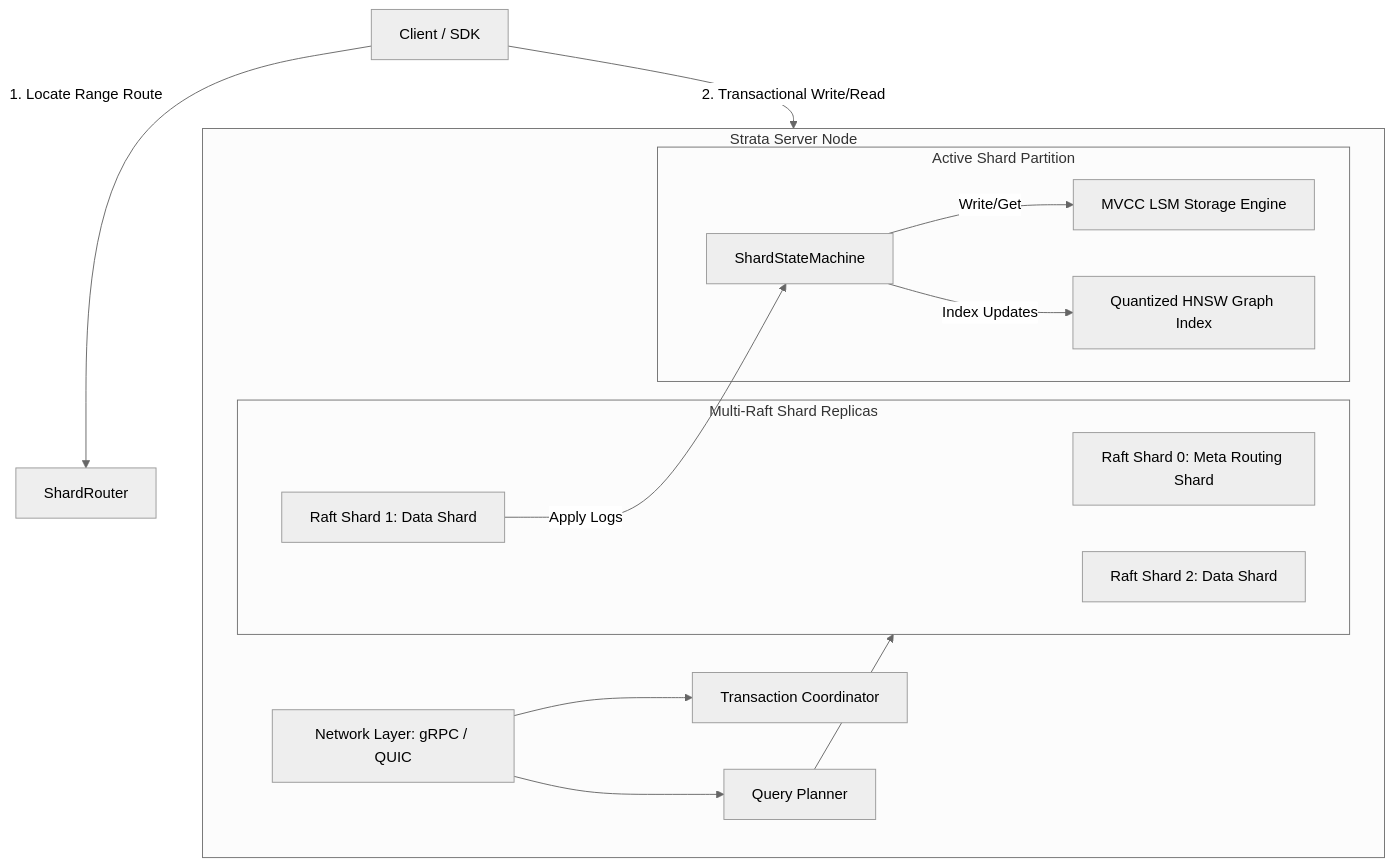
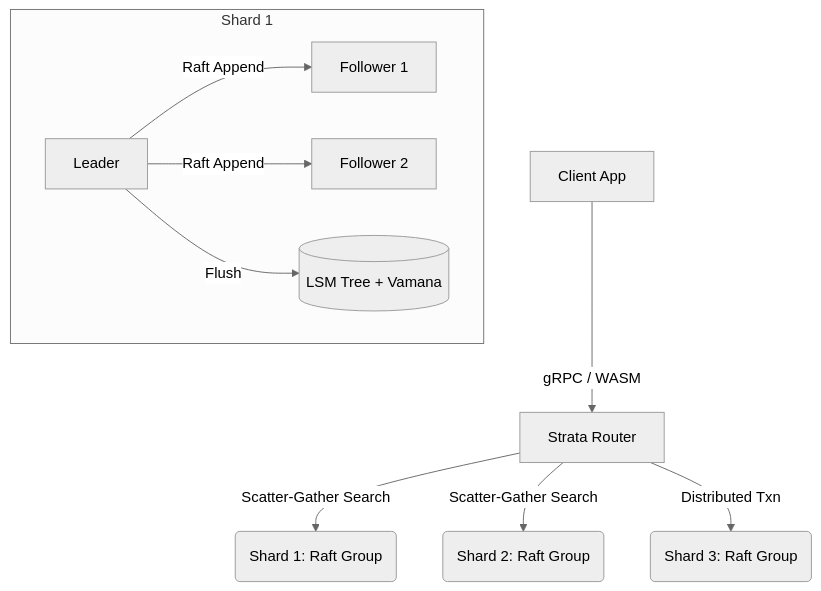
Before and after one commit to IshanGite/Strata: the diagram in README.md, drawn with Mermaid (neutral theme). The commit also changed other lines of this file and 52 other files, not shown here.

Commit message:
Release v0.1.0: Complete Enterprise Vector DB Architecture

````diff
--- a/README.md
+++ b/README.md
@@ -17,27 +45,13 @@
 ```mermaid
 graph TD
-    Client[Client / SDK] -->|1. Locate Range Route| Router[ShardRouter]
-    Client -->|2. Transactional Write/Read| ServerNode[Strata Server Daemon]
+    Client[Client App] --> |gRPC / WASM| Router[Strata Router]
+    Router --> |Scatter-Gather Search| Shard1(Shard 1: Raft Group)
+    Router --> |Scatter-Gather Search| Shard2(Shard 2: Raft Group)
+    Router --> |Distributed Txn| Shard3(Shard 3: Raft Group)
     
-    subgraph ServerNode [Strata Server Node]
-        TxnCoord[Transaction Coordinator]
-        Planner[Query Planner]
-        Net[Network Layer: gRPC / QUIC]
-        
-        subgraph MultiRaft [Multi-Raft Shard Replicas]
-            RaftGroup_S0[Raft Shard 0: Meta Routing Shard]
-            RaftGroup_S1[Raft Shard 1: Data Shard]
-            RaftGroup_S2[Raft Shard 2: Data Shard]
-        end
-        
-        subgraph Shard [Active Shard Partition]
-            RaftGroup_S1 -->|Apply Logs| SM[ShardStateMachine]
-            SM -->|Write/Get| Storage[MVCC LSM Storage Engine]
-            SM -->|Index Updates| GraphIndex[Quantized HNSW Graph Index]
-        end
-        
-        Net --> TxnCoord
-        Net --> Planner
-        Planner --> MultiRaft
+    subgraph Shard 1
+        S1L[Leader] --> |Raft Append| S1F1[Follower 1]
+        S1L --> |Raft Append| S1F2[Follower 2]
+        S1L --> |Flush| LSM1[(LSM Tree + Vamana)]
     end
 ```
````
